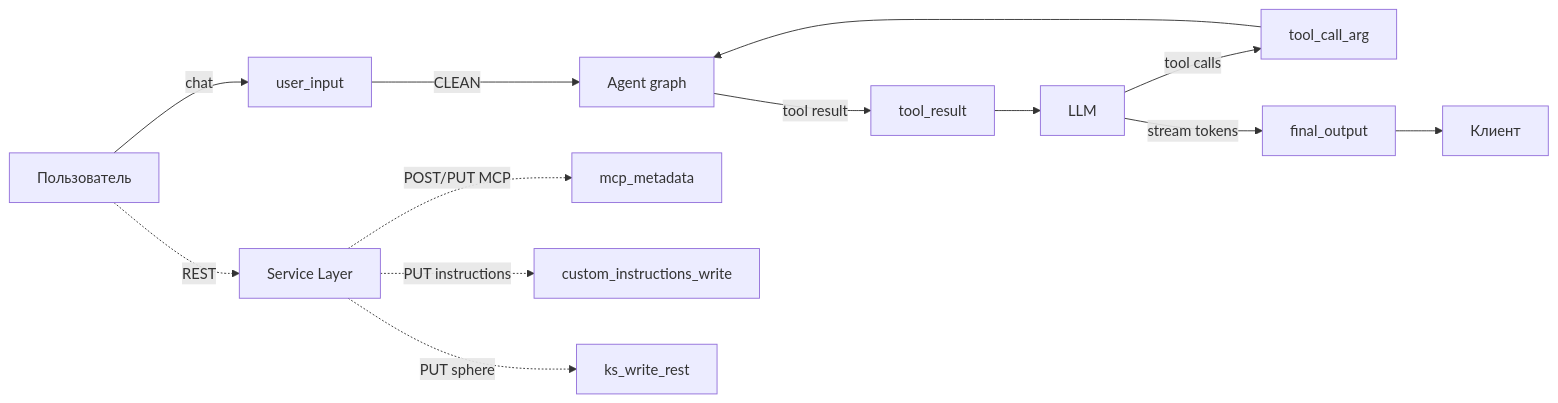
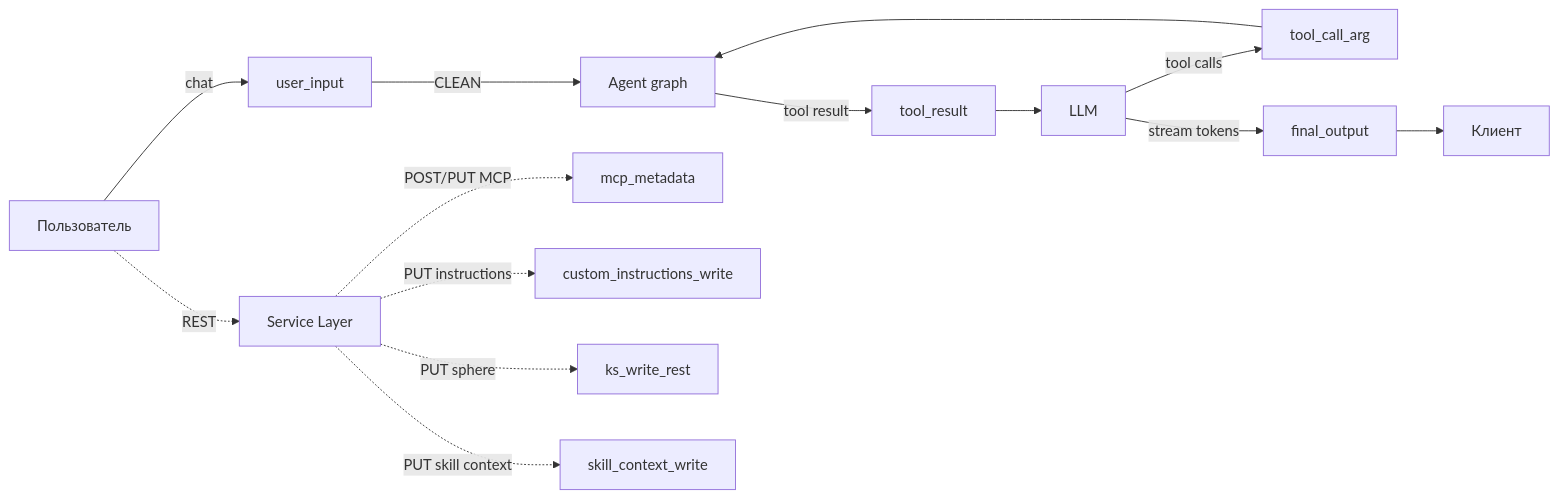
The first of 2 diagrams in doc/security/architecture.md (Bbar0n234/learnflow-ai), drawn with Mermaid before and after one commit. The commit also changed other lines of this file and 8 other files, not shown here.

First line of the commit message:
docs(tech): skill context в архитектурной документации

````diff
--- a/doc/security/architecture.md
+++ b/doc/security/architecture.md
@@ -18,16 +18,17 @@
 ```mermaid
 flowchart LR
     USER["Пользователь"] -->|chat| UI["user_input"]
     UI -->|CLEAN| GRAPH["Agent graph"]
     GRAPH -->|tool result| TR["tool_result"]
     TR --> LLM["LLM"]
     LLM -->|tool calls| TCA["tool_call_arg"]
     TCA --> GRAPH
     LLM -->|stream tokens| FO["final_output"]
     FO --> CLIENT["Клиент"]
 
     USER -.->|REST| RESTBLOCK["Service Layer"]
     RESTBLOCK -.->|POST/PUT MCP| MM["mcp_metadata"]
     RESTBLOCK -.->|PUT instructions| CIW["custom_instructions_write"]
     RESTBLOCK -.->|PUT sphere| KSW["ks_write_rest"]
+    RESTBLOCK -.->|PUT skill context| SCW["skill_context_write"]
 ```
````
